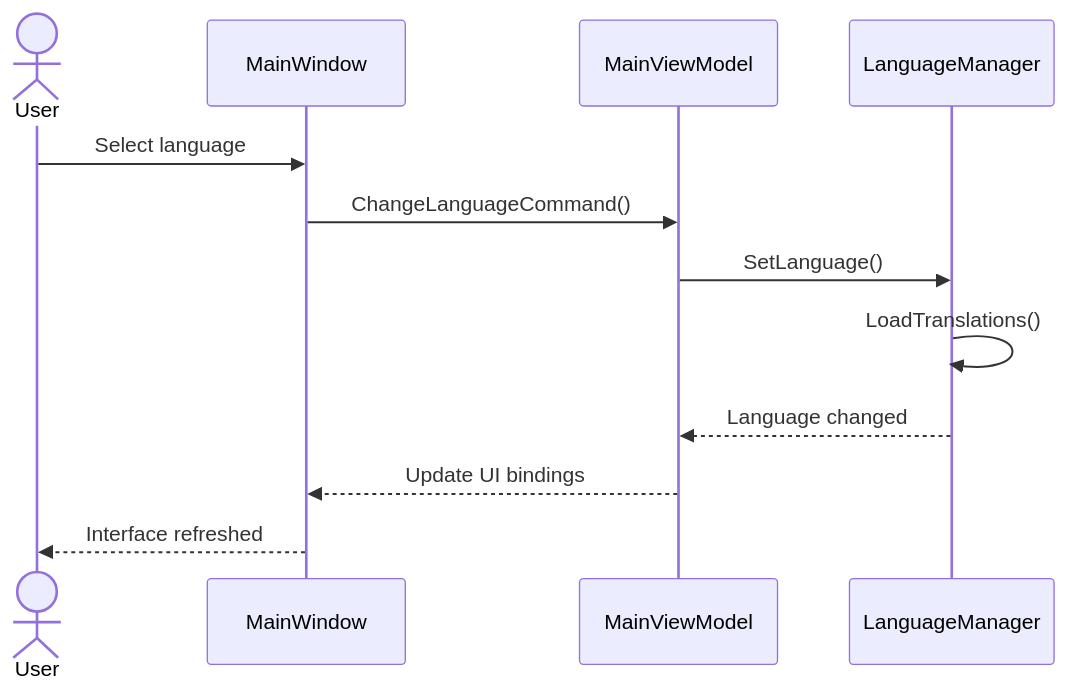
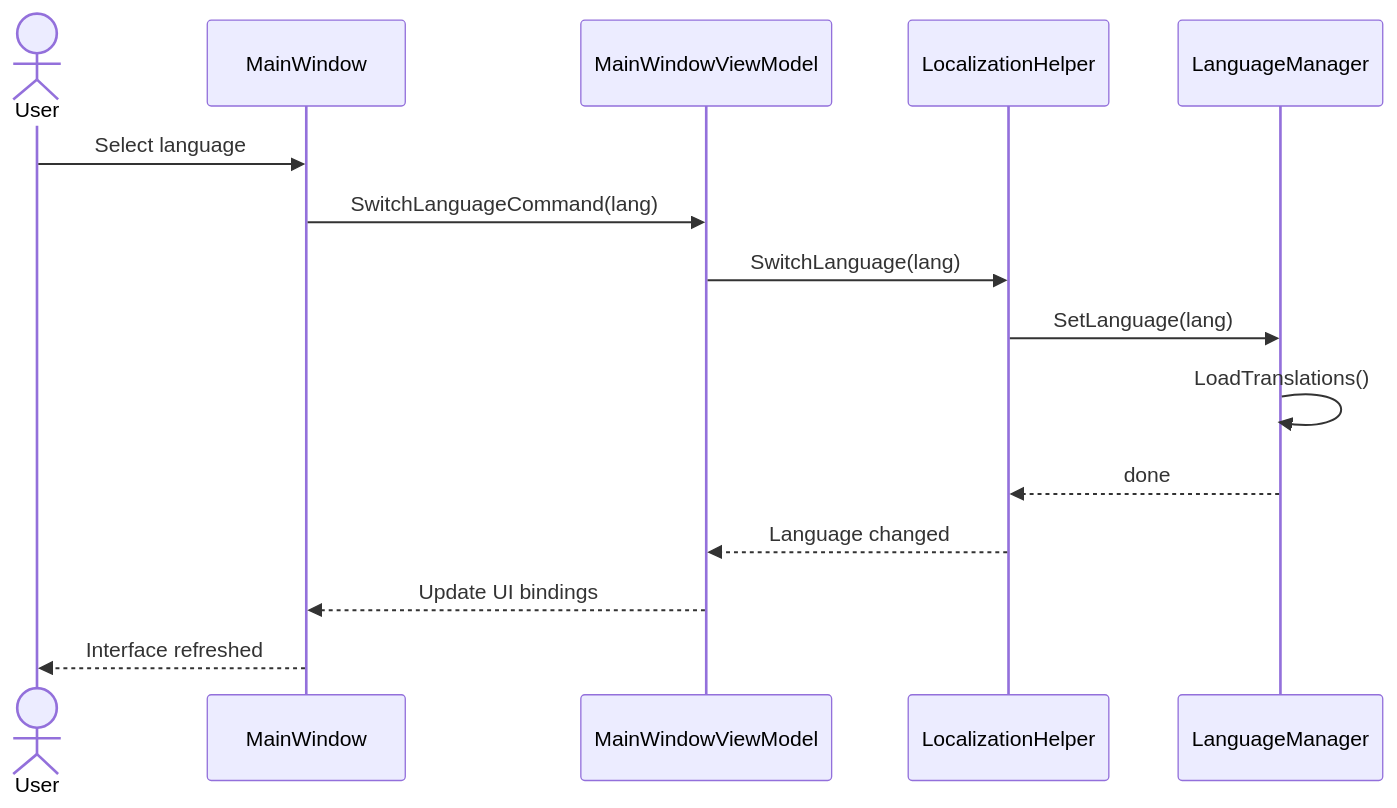
One commit to Groupe1-Prosoft/EasySave changed the sixth of 8 diagrams in Diagrams/UML.md. Above: the diagram before and after it, drawn with Mermaid. The commit also changed other lines of this file, not shown here.

Commit message:
Corrections of use case, class diagram and sequential diagram with the Alexandre Feddback on deliveable2

````diff
--- a/Diagrams/UML.md
+++ b/Diagrams/UML.md
@@ -337,17 +326,21 @@
 ```mermaid
 sequenceDiagram
     actor User
     participant MainWindow
-    participant MainViewModel
+    participant MainWindowViewModel
+    participant LocalizationHelper
     participant LanguageManager
 
     User->>MainWindow: Select language
-    MainWindow->>MainViewModel: ChangeLanguageCommand()
+    MainWindow->>MainWindowViewModel: SwitchLanguageCommand(lang)
 
-    MainViewModel->>LanguageManager: SetLanguage()
+    MainWindowViewModel->>LocalizationHelper: SwitchLanguage(lang)
+    LocalizationHelper->>LanguageManager: SetLanguage(lang)
     LanguageManager->>LanguageManager: LoadTranslations()
-    LanguageManager-->>MainViewModel: Language changed
+    LanguageManager-->>LocalizationHelper: done
+    LocalizationHelper-->>MainWindowViewModel: Language changed
 
-    MainViewModel-->>MainWindow: Update UI bindings
+
+    MainWindowViewModel-->>MainWindow: Update UI bindings
     MainWindow-->>User: Interface refreshed
 ```
````
